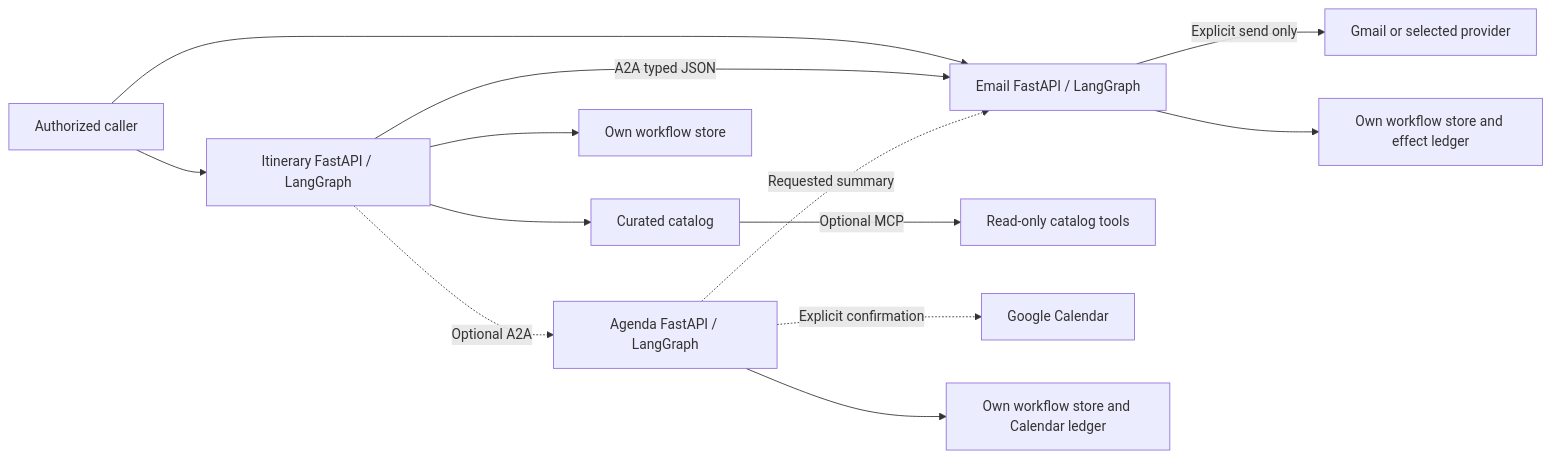
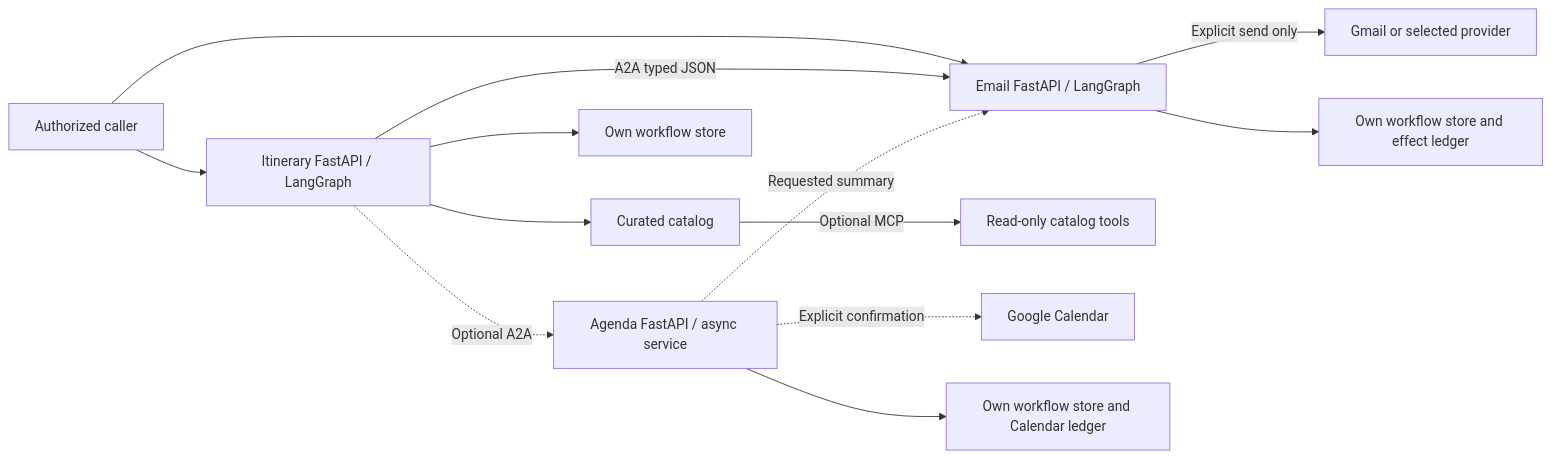
One commit to Cristobal-Yob/agentes-asociados-a-colombia-a2a changed the first of 4 diagrams in docs/architecture.md. Above: the diagram before and after it, drawn with Mermaid. The commit also changed 3 other files, not shown here.

````diff
--- a/docs/architecture.md
+++ b/docs/architecture.md
@@ -10,15 +10,15 @@
 ```mermaid
 flowchart LR
   U[Authorized caller] --> T[Itinerary FastAPI / LangGraph]
   U --> E[Email FastAPI / LangGraph]
   T -->|A2A typed JSON| E
   T --> C[Curated catalog]
   C -->|Optional MCP| M[Read-only catalog tools]
-  T -. Optional A2A .-> A[Agenda FastAPI / LangGraph]
+  T -. Optional A2A .-> A[Agenda FastAPI / async service]
   A -. Requested summary .-> E
   E -->|Explicit send only| P[Gmail or selected provider]
   A -. Explicit confirmation .-> G[Google Calendar]
   T --> TS[Own workflow store]
   E --> ES[Own workflow store and effect ledger]
   A --> AS[Own workflow store and Calendar ledger]
 ```
````
